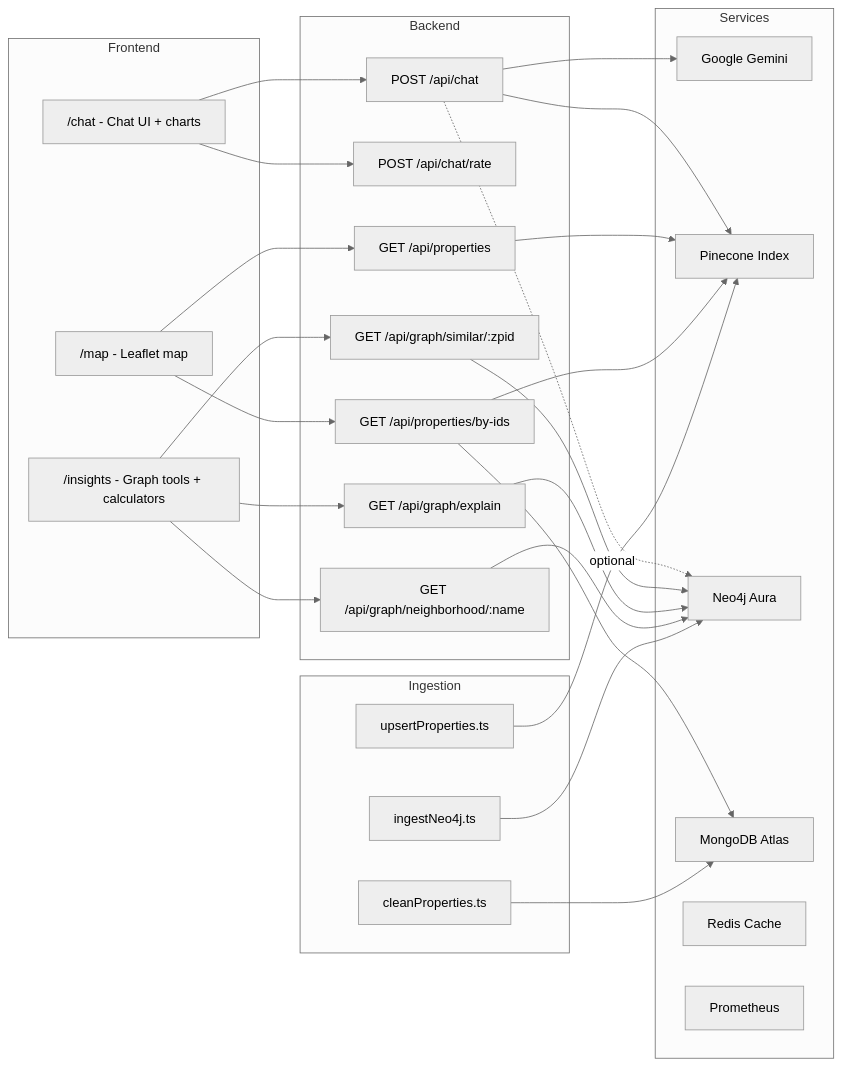
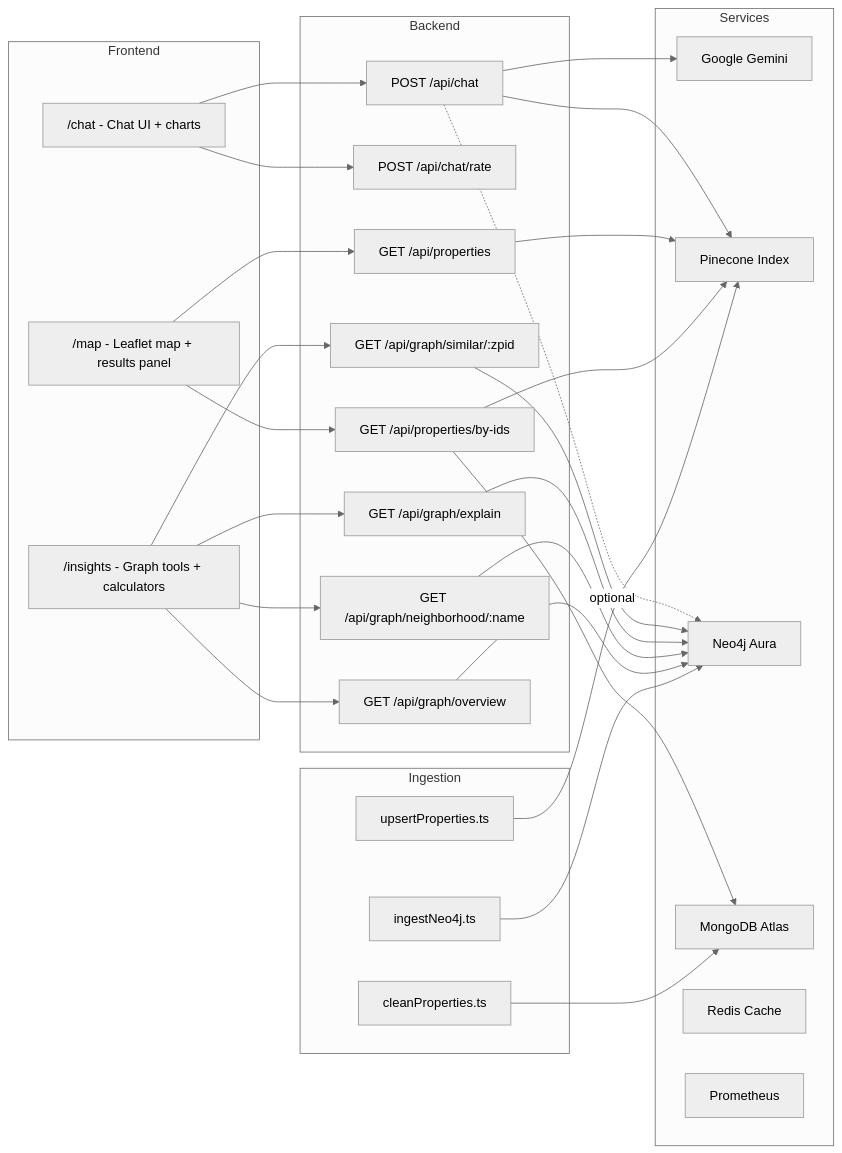
Before and after one commit to hoangsonww/EstateWise-Chapel-Hill-Chatbot: the second of 14 diagrams in README.md, drawn with Mermaid (neutral theme). The commit also changed other lines of this file and 4 other files, not shown here.

Commit message:
feat(graph): enhance architecture documentation with new graph endpoints and visualization details

````diff
--- a/README.md
+++ b/README.md
@@ -343,62 +347,65 @@
 ```mermaid
 graph LR
   %% Frontend
   subgraph Frontend
     Chat["/chat - Chat UI + charts"]
     Insights["/insights - Graph tools + calculators"]
-    Map["/map - Leaflet map"]
+    Map["/map - Leaflet map + results panel"]
   end
 
   %% Backend
   subgraph Backend
     ChatAPI["POST /api/chat"]
     RateAPI["POST /api/chat/rate"]
     PropsAPI["GET /api/properties"]
     ByIdsAPI["GET /api/properties/by-ids"]
     SimAPI["GET /api/graph/similar/:zpid"]
     ExplAPI["GET /api/graph/explain"]
     HoodAPI["GET /api/graph/neighborhood/:name"]
+    OverAPI["GET /api/graph/overview"]
   end
 
   %% Services
   subgraph Services
     Gemini["Google Gemini"]
     Pinecone["Pinecone Index"]
     Neo4j["Neo4j Aura"]
     Mongo["MongoDB Atlas"]
     Redis["Redis Cache"]
     Prom["Prometheus"]
   end
 
   %% Ingestion
   subgraph Ingestion
     Clean["cleanProperties.ts"]
     Upsert["upsertProperties.ts"]
     IngestGraph["ingestNeo4j.ts"]
   end
 
   %% Frontend → Backend
   Chat --> ChatAPI
   Chat --> RateAPI
   Insights --> SimAPI
   Insights --> ExplAPI
   Insights --> HoodAPI
+  Insights --> OverAPI
   Map --> PropsAPI
   Map --> ByIdsAPI
 
   %% Backend → Services
   ChatAPI --> Gemini
   ChatAPI --> Pinecone
   ChatAPI -. optional .-> Neo4j
   PropsAPI --> Pinecone
   ByIdsAPI --> Pinecone
   ByIdsAPI --> Mongo
   SimAPI --> Neo4j
   ExplAPI --> Neo4j
   HoodAPI --> Neo4j
+  OverAPI --> Neo4j
 
   %% Ingestion → Stores
   Clean --> Mongo
   Upsert --> Pinecone
   IngestGraph --> Neo4j
 ```
````
